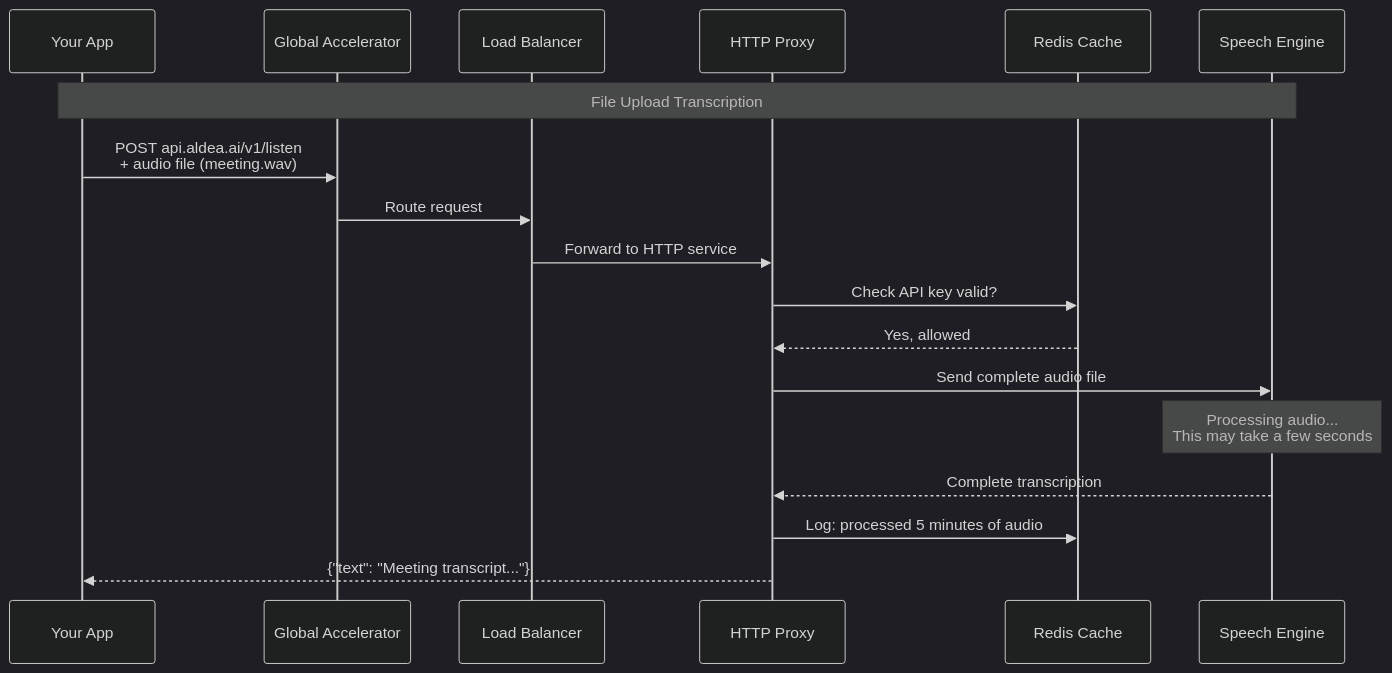
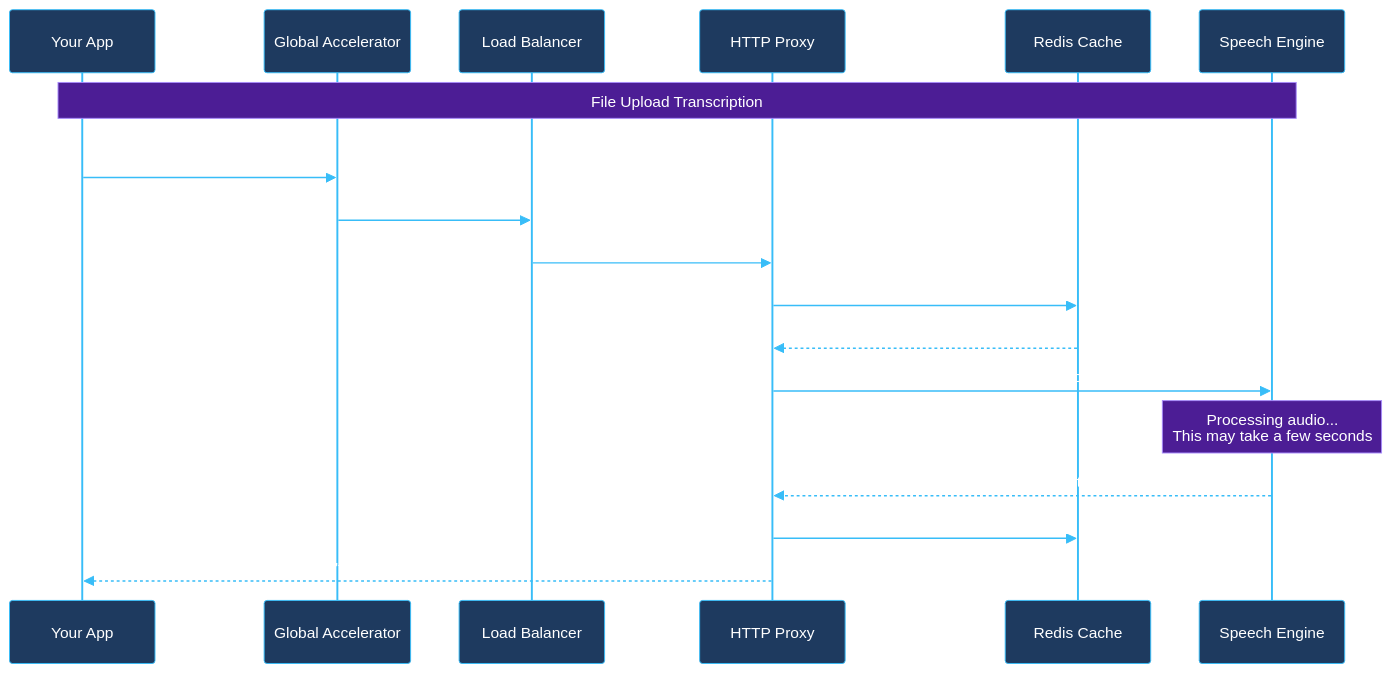
One commit to aldea-ai/infrastructure-docs changed the fifth of 8 diagrams in diagrams/ecs-architecture.md. Above: the diagram before and after it, drawn with Mermaid. The commit also changed other lines of this file and 2 other files, not shown here.

First line of the commit message:
Apply high-contrast custom theme for dark mode readability

````diff
--- a/diagrams/ecs-architecture.md
+++ b/diagrams/ecs-architecture.md
@@ -173,29 +173,29 @@
 ```mermaid
-%%{init: {'theme': 'dark'}}%%
+%%{init: {'theme': 'base', 'themeVariables': { 'primaryColor': '#1e3a5f', 'primaryTextColor': '#fff', 'primaryBorderColor': '#38bdf8', 'lineColor': '#38bdf8', 'actorTextColor': '#fff', 'actorBkg': '#1e3a5f', 'actorBorder': '#38bdf8', 'signalColor': '#38bdf8', 'signalTextColor': '#fff', 'labelTextColor': '#fff', 'loopTextColor': '#fff', 'noteBkgColor': '#4c1d95', 'noteTextColor': '#fff', 'noteBorderColor': '#a78bfa', 'activationBkgColor': '#064e3b', 'activationBorderColor': '#34d399', 'sequenceNumberColor': '#fff'}}}%%
 sequenceDiagram
     participant App as Your App
     participant GA as Global Accelerator
     participant LB as Load Balancer
     participant HTTP as HTTP Proxy
     participant Redis as Redis Cache
     participant STT as Speech Engine
 
     Note over App,STT: File Upload Transcription
 
     App->>GA: POST api.aldea.ai/v1/listen<br/>+ audio file (meeting.wav)
     GA->>LB: Route request
     LB->>HTTP: Forward to HTTP service
 
     HTTP->>Redis: Check API key valid?
     Redis-->>HTTP: Yes, allowed
 
     HTTP->>STT: Send complete audio file
 
     Note over STT: Processing audio...<br/>This may take a few seconds
 
     STT-->>HTTP: Complete transcription
 
     HTTP->>Redis: Log: processed 5 minutes of audio
 
     HTTP-->>App: {"text": "Meeting transcript..."}
 ```
````
